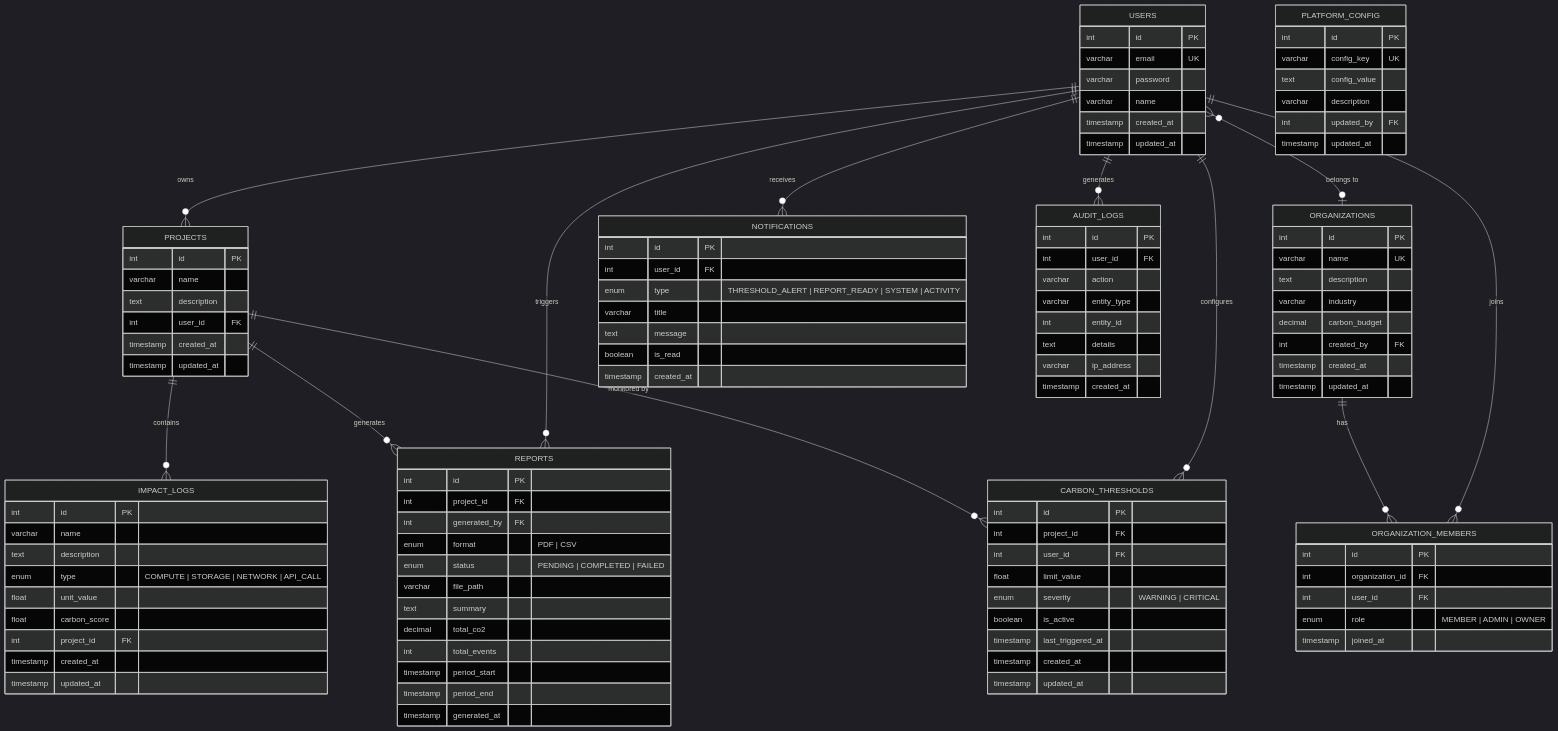
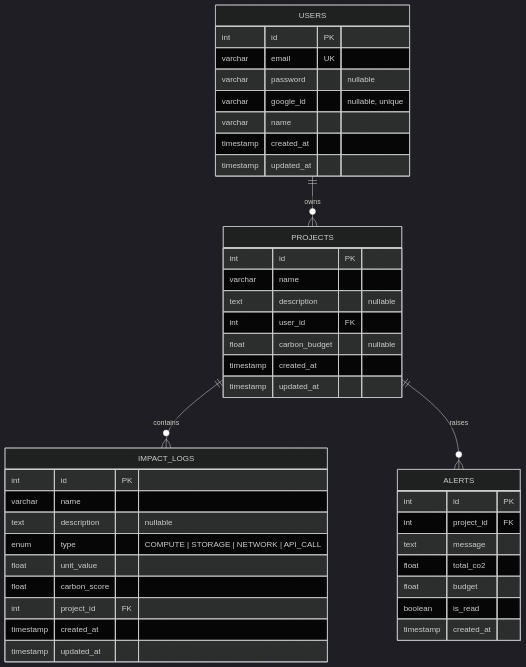
Before and after one commit to IronwallxR5/GreenPulse: the diagram in ErDiagram.md, drawn with Mermaid (dark theme). The commit also changed other lines of this file and 6 other files, not shown here.

````diff
--- a/ErDiagram.md
+++ b/ErDiagram.md
@@ -12,11 +5,10 @@
 ```mermaid
 erDiagram
-    %% ===== IMPLEMENTED =====
-
     USERS {
         int id PK
         varchar email UK
-        varchar password
+        varchar password "nullable"
+        varchar google_id "nullable, unique"
         varchar name
         timestamp created_at
         timestamp updated_at
@@ -25,8 +17,9 @@
     PROJECTS {
         int id PK
         varchar name
-        text description
+        text description "nullable"
         int user_id FK
+        float carbon_budget "nullable"
         timestamp created_at
         timestamp updated_at
     }
@@ -34,7 +27,7 @@
     IMPACT_LOGS {
         int id PK
         varchar name
-        text description
+        text description "nullable"
         enum type "COMPUTE | STORAGE | NETWORK | API_CALL"
         float unit_value
         float carbon_score
@@ -43,100 +36,17 @@
         timestamp updated_at
     }
 
-    %% ===== PLANNED (Not Yet Implemented) =====
-
-    ORGANIZATIONS {
-        int id PK
-        varchar name UK
-        text description
-        varchar industry
-        decimal carbon_budget
-        int created_by FK
-        timestamp created_at
-        timestamp updated_at
-    }
-
-    ORGANIZATION_MEMBERS {
-        int id PK
-        int organization_id FK
-        int user_id FK
-        enum role "MEMBER | ADMIN | OWNER"
-        timestamp joined_at
-    }
-
-    REPORTS {
+    ALERTS {
         int id PK
         int project_id FK
-        int generated_by FK
-        enum format "PDF | CSV"
-        enum status "PENDING | COMPLETED | FAILED"
-        varchar file_path
-        text summary
-        decimal total_co2
-        int total_events
-        timestamp period_start
-        timestamp period_end
-        timestamp generated_at
-    }
-
-    NOTIFICATIONS {
-        int id PK
-        int user_id FK
-        enum type "THRESHOLD_ALERT | REPORT_READY | SYSTEM | ACTIVITY"
-        varchar title
         text message
+        float total_co2
+        float budget
         boolean is_read
         timestamp created_at
     }
 
-    CARBON_THRESHOLDS {
-        int id PK
-        int project_id FK
-        int user_id FK
-        float limit_value
-        enum severity "WARNING | CRITICAL"
-        boolean is_active
-        timestamp last_triggered_at
-        timestamp created_at
-        timestamp updated_at
-    }
-
-    AUDIT_LOGS {
-        int id PK
-        int user_id FK
-        varchar action
-        varchar entity_type
-        int entity_id
-        text details
-        varchar ip_address
-        timestamp created_at
-    }
-
-    PLATFORM_CONFIG {
-        int id PK
-        varchar config_key UK
-        text config_value
-        varchar description
-        int updated_by FK
-        timestamp updated_at
-    }
-
-    %% ===== RELATIONSHIPS =====
-
-    USERS ||--o{ PROJECTS : "owns"
-    PROJECTS ||--o{ IMPACT_LOGS : "contains"
-
-    ORGANIZATIONS ||--o{ ORGANIZATION_MEMBERS : "has"
-    USERS ||--o{ ORGANIZATION_MEMBERS : "joins"
-    USERS }o--o| ORGANIZATIONS : "belongs to"
-
-    PROJECTS ||--o{ REPORTS : "generates"
-    USERS ||--o{ REPORTS : "triggers"
-
-    USERS ||--o{ NOTIFICATIONS : "receives"
-
-    PROJECTS ||--o{ CARBON_THRESHOLDS : "monitored by"
-    USERS ||--o{ CARBON_THRESHOLDS : "configures"
-
-    USERS ||--o{ AUDIT_LOGS : "generates"
+    USERS ||--o{ PROJECTS : owns
+    PROJECTS ||--o{ IMPACT_LOGS : contains
+    PROJECTS ||--o{ ALERTS : raises
 ```
````
